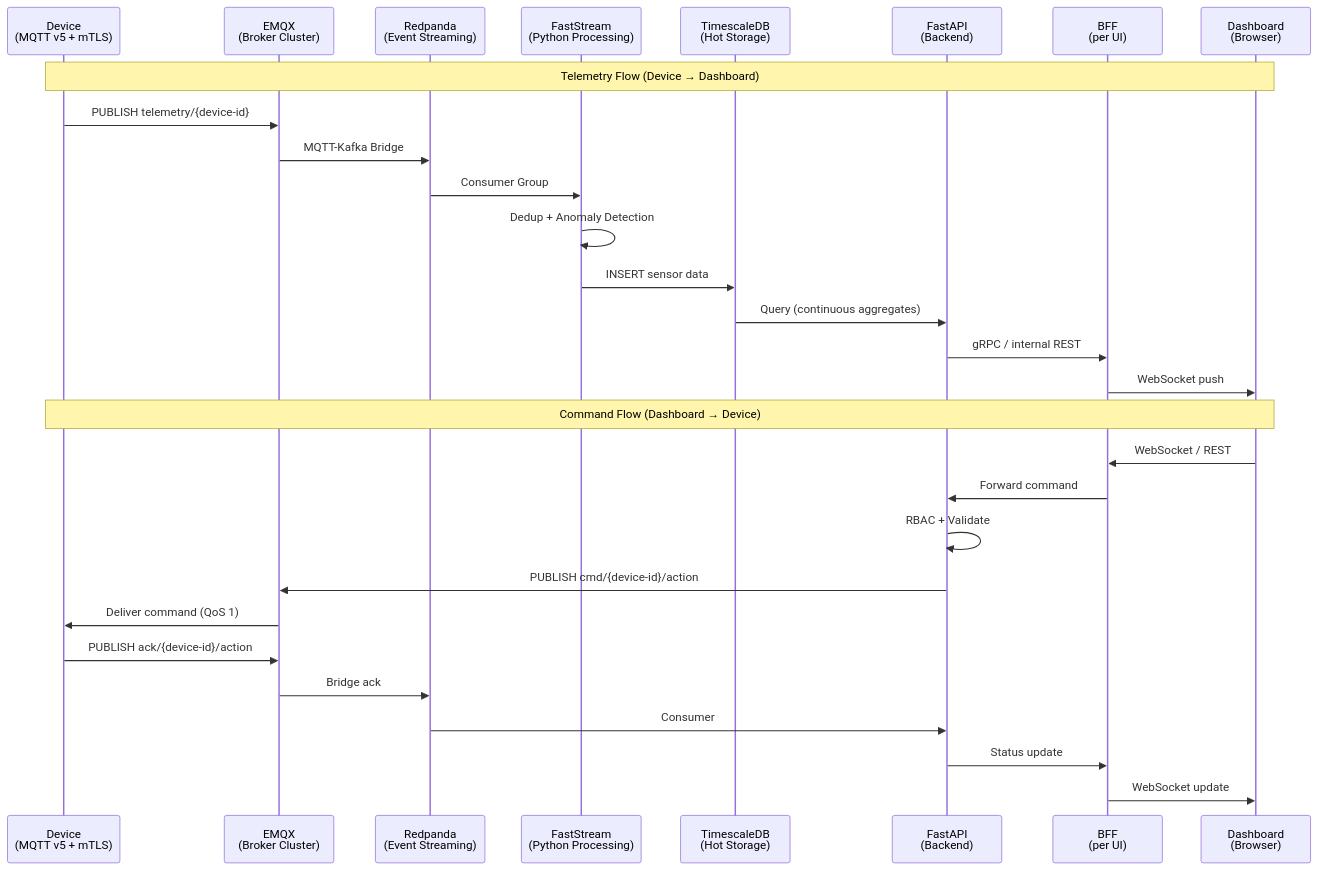
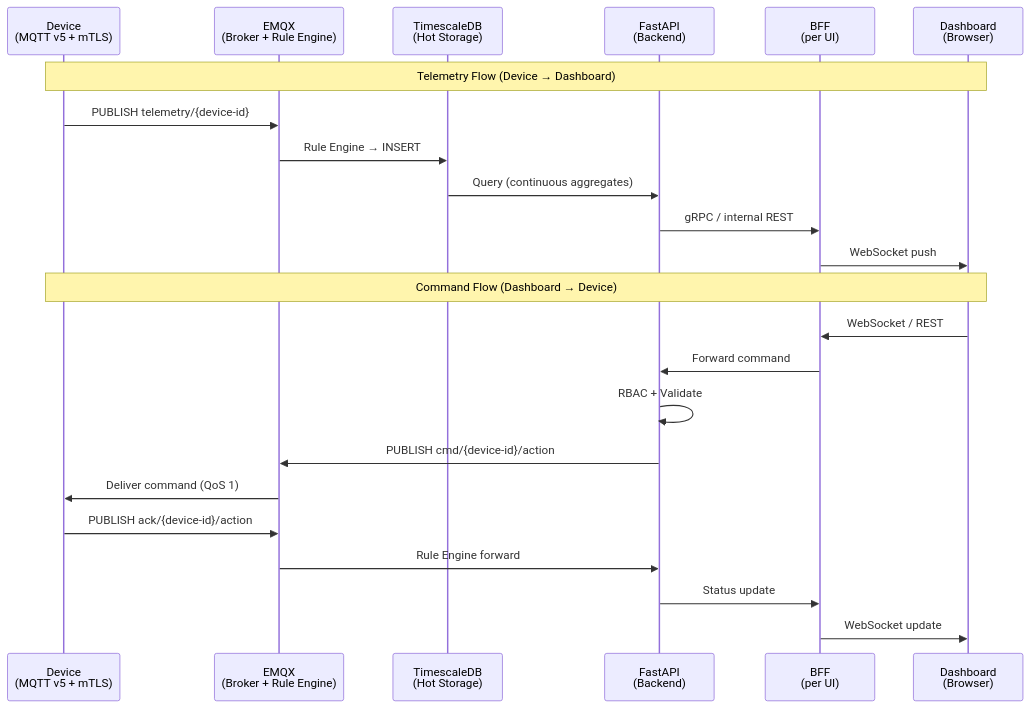
One commit to osisdie/osisdie.github.io changed the first of 8 diagrams in _posts/2026/2026-03-30-iot-1m-device-architecture.md. Above: the diagram before and after it, drawn with Mermaid. The commit also changed other lines of this file, not shown here.

First line of the commit message:
docs: simplify IoT post — Redpanda as >1M scale-out, not core

````diff
--- a/_posts/2026/2026-03-30-iot-1m-device-architecture.md
+++ b/_posts/2026/2026-03-30-iot-1m-device-architecture.md
@@ -38,33 +38,27 @@
 ```mermaid
 sequenceDiagram
     participant D as Device<br/>(MQTT v5 + mTLS)
-    participant B as EMQX<br/>(Broker Cluster)
-    participant R as Redpanda<br/>(Event Streaming)
-    participant P as FastStream<br/>(Python Processing)
+    participant B as EMQX<br/>(Broker + Rule Engine)
     participant T as TimescaleDB<br/>(Hot Storage)
     participant A as FastAPI<br/>(Backend)
     participant BFF as BFF<br/>(per UI)
     participant U as Dashboard<br/>(Browser)
 
     Note over D,U: Telemetry Flow (Device → Dashboard)
     D->>B: PUBLISH telemetry/{device-id}
-    B->>R: MQTT-Kafka Bridge
-    R->>P: Consumer Group
-    P->>P: Dedup + Anomaly Detection
-    P->>T: INSERT sensor data
+    B->>T: Rule Engine → INSERT
     T->>A: Query (continuous aggregates)
     A->>BFF: gRPC / internal REST
     BFF->>U: WebSocket push
 
     Note over D,U: Command Flow (Dashboard → Device)
     U->>BFF: WebSocket / REST
     BFF->>A: Forward command
     A->>A: RBAC + Validate
     A->>B: PUBLISH cmd/{device-id}/action
     B->>D: Deliver command (QoS 1)
     D->>B: PUBLISH ack/{device-id}/action
-    B->>R: Bridge ack
-    R->>A: Consumer
+    B->>A: Rule Engine forward
     A->>BFF: Status update
     BFF->>U: WebSocket update
 ```
````
